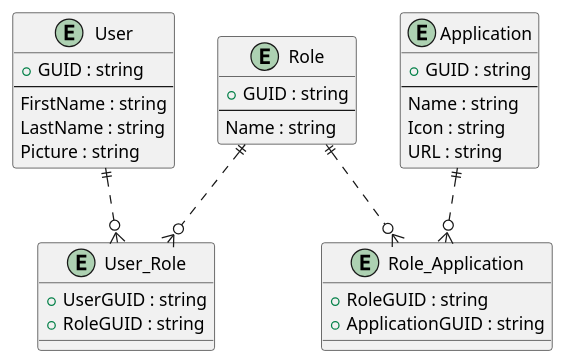
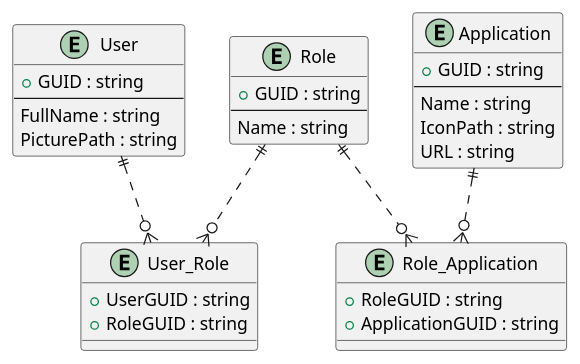
One commit to StelArian/users-roles-apps changed the diagram in diagrams/user_role_application_diagram.puml. Above: the diagram before and after it, drawn with PlantUML. The commit also changed 6 other files, not shown here.

```diff
--- a/diagrams/user_role_application_diagram.puml
+++ b/diagrams/user_role_application_diagram.puml
@@ -1,40 +1,39 @@
 @startuml
 
 entity "User" as user {
   + GUID : string
   --
-  FirstName : string
-  LastName : string
-  Picture : string
+  FullName : string
+  PicturePath : string
 }
 
 entity "Role" as role {
   + GUID : string
   --
   Name : string
 }
 
 entity "Application" as application {
   + GUID : string
   --
   Name : string
-  Icon : string
+  IconPath : string
   URL : string
 }
 
 entity "User_Role" as user_role {
   + UserGUID : string
   + RoleGUID : string
 }
 
 entity "Role_Application" as role_application {
   + RoleGUID : string
   + ApplicationGUID : string
 }
 
 user ||..o{ user_role
 role ||..o{ user_role
 role ||..o{ role_application
 application ||..o{ role_application
 
 @enduml
```
